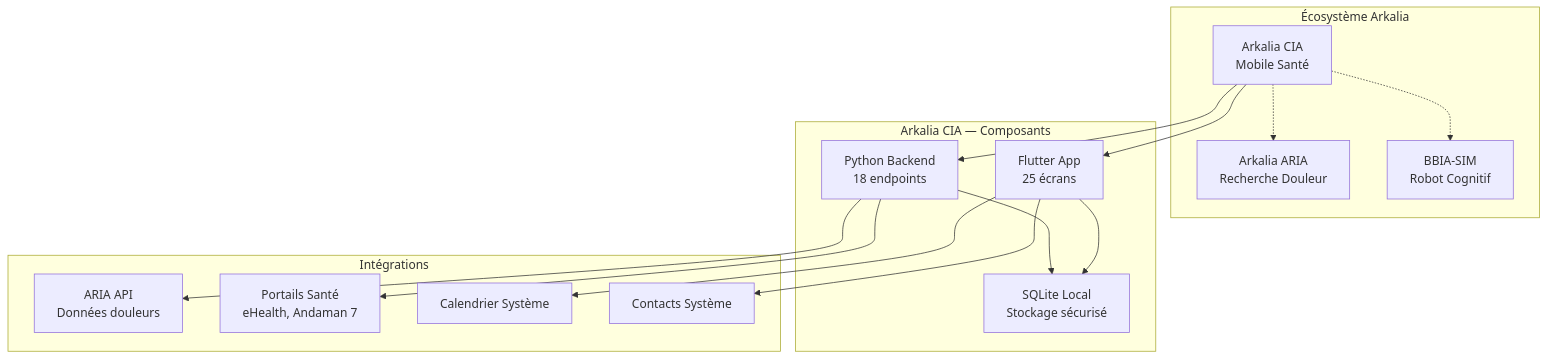
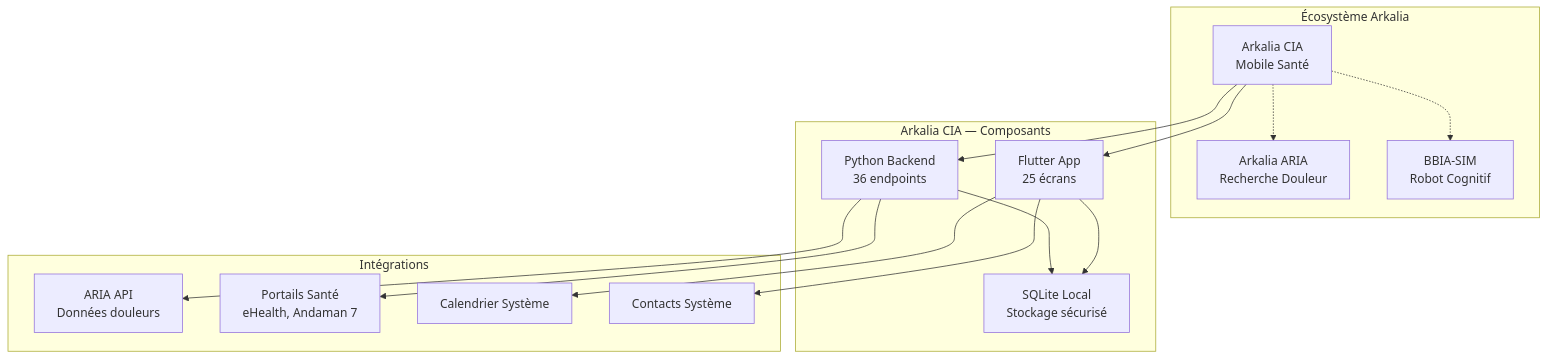
Before and after one commit to arkalia-luna-system/arkalia-cia: the first of 8 diagrams in docs/VUE_ENSEMBLE_PROJET.md, drawn with Mermaid. The commit also changed other lines of this file and 6 other files, not shown here.

````diff
--- a/docs/VUE_ENSEMBLE_PROJET.md
+++ b/docs/VUE_ENSEMBLE_PROJET.md
@@ -23,32 +23,32 @@
 ```mermaid
 graph TB
     subgraph "Écosystème Arkalia"
         A[Arkalia CIA<br/>Mobile Santé]
         B[Arkalia ARIA<br/>Recherche Douleur]
         C[BBIA-SIM<br/>Robot Cognitif]
     end
 
     subgraph "Arkalia CIA — Composants"
         D[Flutter App<br/>25 écrans]
-        E[Python Backend<br/>18 endpoints]
+        E[Python Backend<br/>36 endpoints]
         F[SQLite Local<br/>Stockage sécurisé]
     end
 
     subgraph "Intégrations"
         G[ARIA API<br/>Données douleurs]
         H[Portails Santé<br/>eHealth, Andaman 7]
         I[Calendrier Système]
         J[Contacts Système]
     end
 
     A --> D
     A --> E
     D --> F
     E --> F
     E --> G
     E --> H
     D --> I
     D --> J
     A -.-> B
     A -.-> C
 ```
````
